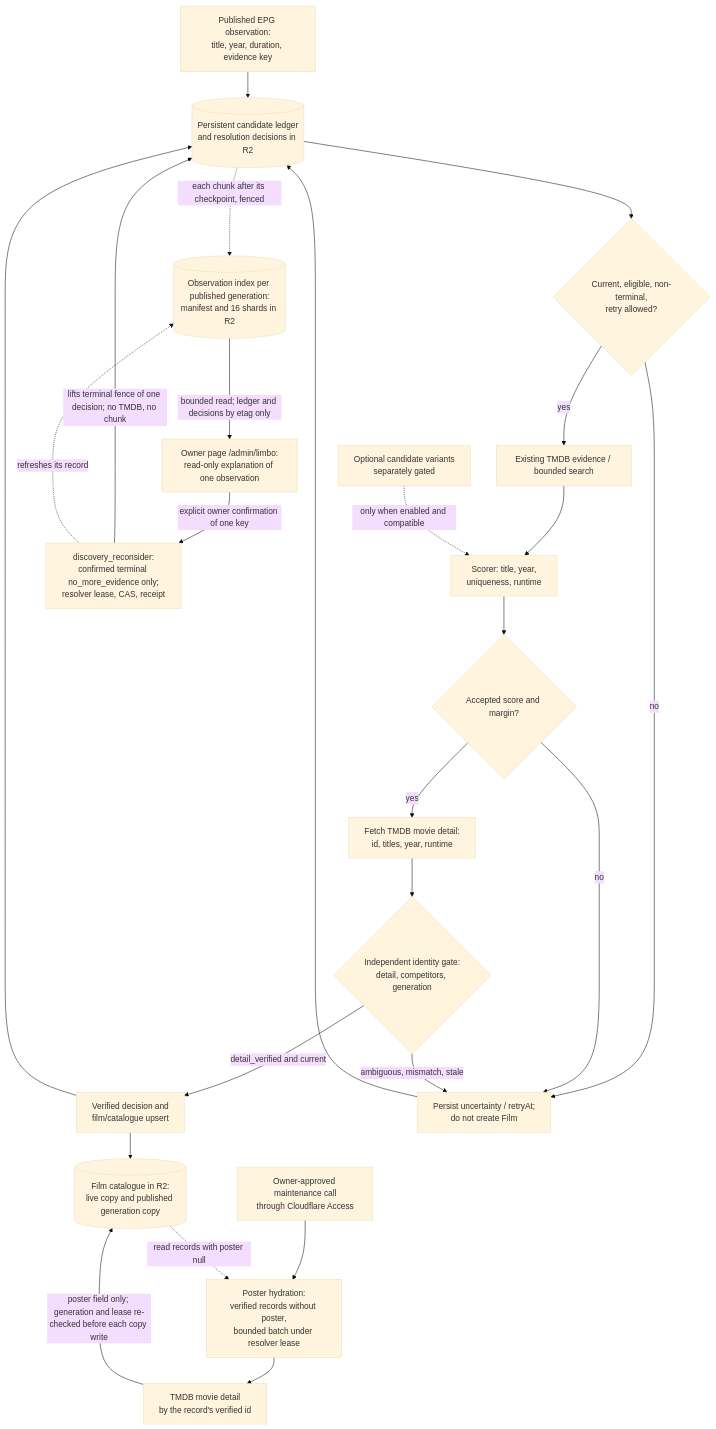
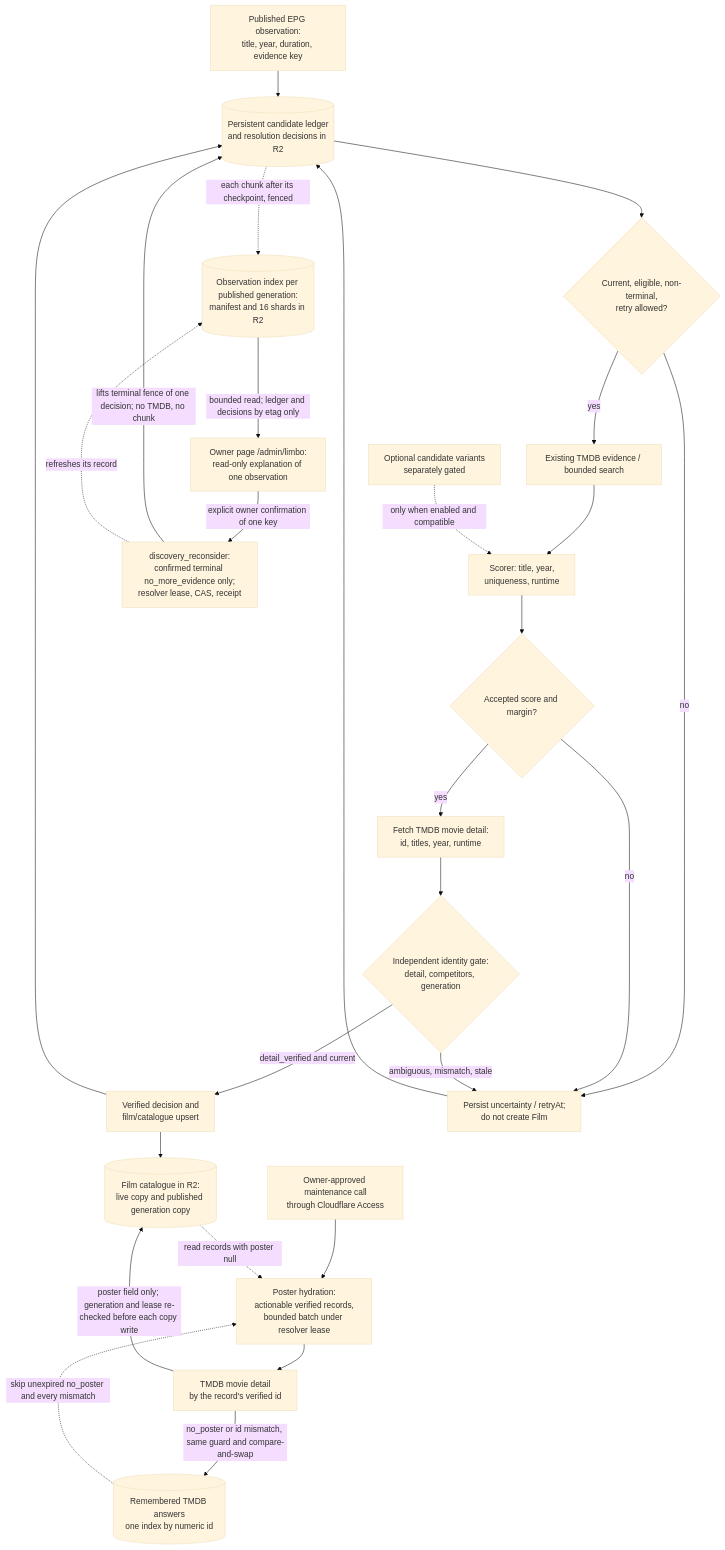
The diagram in docs/architecture/discovery-and-resolution.md (vladimino/iptv-watchlist), drawn with Mermaid (base theme) before and after one commit. The commit also changed other lines of this file and 25 other files, not shown here.

First line of the commit message:
Remember terminal TMDB poster refusals outside the ordinary queue (#282)

````diff
--- a/docs/architecture/discovery-and-resolution.md
+++ b/docs/architecture/discovery-and-resolution.md
@@ -5,42 +5,45 @@
 ```mermaid
 flowchart TD
     epg["Published EPG observation:<br/>title, year, duration, evidence key"]
     ledger[("Persistent candidate ledger<br/>and resolution decisions in R2")]
     eligible{"Current, eligible, non-terminal,<br/>retry allowed?"}
     search["Existing TMDB evidence / bounded search"]
     variants["Optional candidate variants<br/>separately gated"]
     scorer["Scorer: title, year,<br/>uniqueness, runtime"]
     score{"Accepted score and margin?"}
     detail["Fetch TMDB movie detail:<br/>id, titles, year, runtime"]
     gate{"Independent identity gate:<br/>detail, competitors, generation"}
     writer["Verified decision and<br/>film/catalogue upsert"]
     unresolved["Persist uncertainty / retryAt;<br/>do not create Film"]
     catalogue[("Film catalogue in R2:<br/>live copy and published generation copy")]
     owner["Owner-approved maintenance call<br/>through Cloudflare Access"]
-    hydrate["Poster hydration:<br/>verified records without poster,<br/>bounded batch under resolver lease"]
+    hydrate["Poster hydration:<br/>actionable verified records,<br/>bounded batch under resolver lease"]
     posterdetail["TMDB movie detail<br/>by the record's verified id"]
+    negatives[("Remembered TMDB answers<br/>one index by numeric id")]
     obsindex[("Observation index per published generation:<br/>manifest and 16 shards in R2")]
     ownerread["Owner page /admin/limbo:<br/>read-only explanation of one observation"]
     reconsider["discovery_reconsider:<br/>confirmed terminal no_more_evidence only;<br/>resolver lease, CAS, receipt"]
     epg --> ledger --> eligible
     eligible -->|no| unresolved
     eligible -->|yes| search --> scorer
     variants -.->|only when enabled and compatible| scorer
     scorer --> score
     score -->|no| unresolved
     score -->|yes| detail --> gate
     gate -->|detail_verified and current| writer
     gate -->|ambiguous, mismatch, stale| unresolved
     writer --> ledger
     writer --> catalogue
     unresolved --> ledger
     owner --> hydrate
     catalogue -.->|read records with poster null| hydrate
+    negatives -.->|skip unexpired no_poster and every mismatch| hydrate
     hydrate --> posterdetail
     posterdetail -->|poster field only; generation and lease re-checked before each copy write| catalogue
+    posterdetail -->|no_poster or id mismatch, same guard and compare-and-swap| negatives
     ledger -.->|each chunk after its checkpoint, fenced| obsindex
     obsindex -->|bounded read; ledger and decisions by etag only| ownerread
     ownerread -->|explicit owner confirmation of one key| reconsider
     reconsider -->|lifts terminal fence of one decision; no TMDB, no chunk| ledger
     reconsider -.->|refreshes its record| obsindex
 ```
````
